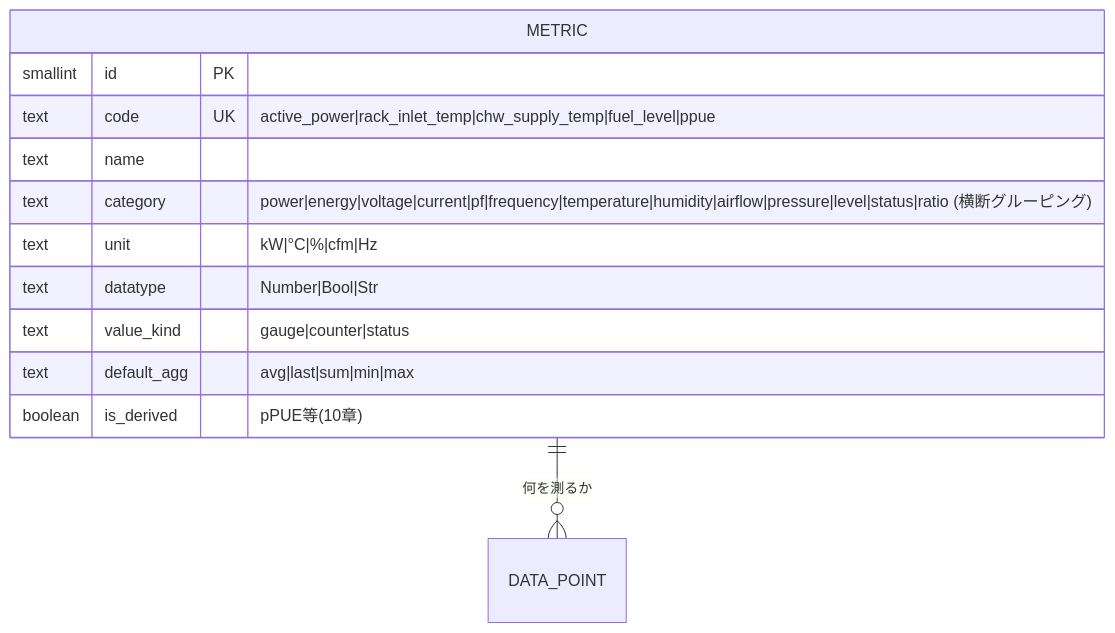
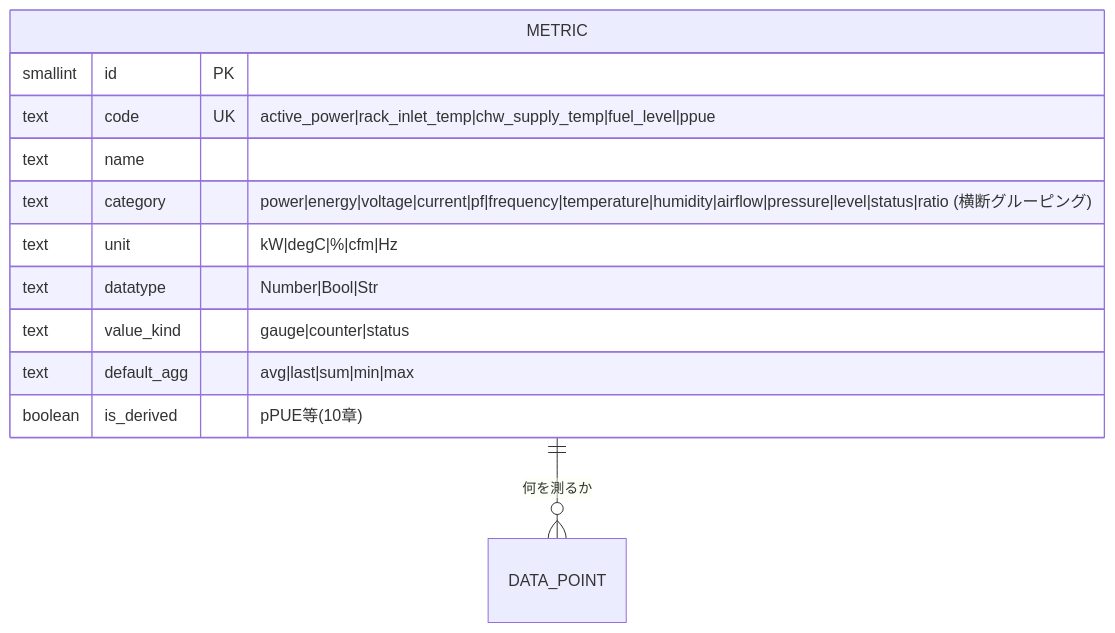
One commit to hn-11/dcim-schema-design changed the fourth of 9 diagrams in 03-finalists.md. Above: the diagram before and after it, drawn with Mermaid. The commit also changed other lines of this file and 13 other files, not shown here.

````diff
--- a/03-finalists.md
+++ b/03-finalists.md
@@ -190,15 +252,15 @@
 ```mermaid
 erDiagram
     METRIC ||--o{ DATA_POINT : "何を測るか"
     METRIC {
         smallint id PK
         text code UK "active_power|rack_inlet_temp|chw_supply_temp|fuel_level|ppue"
         text name
         text category "power|energy|voltage|current|pf|frequency|temperature|humidity|airflow|pressure|level|status|ratio (横断グルーピング)"
-        text unit "kW|°C|%|cfm|Hz"
+        text unit "kW|degC|%|cfm|Hz"
         text datatype "Number|Bool|Str"
         text value_kind "gauge|counter|status"
         text default_agg "avg|last|sum|min|max"
         boolean is_derived "pPUE等(10章)"
     }
 ```
````
